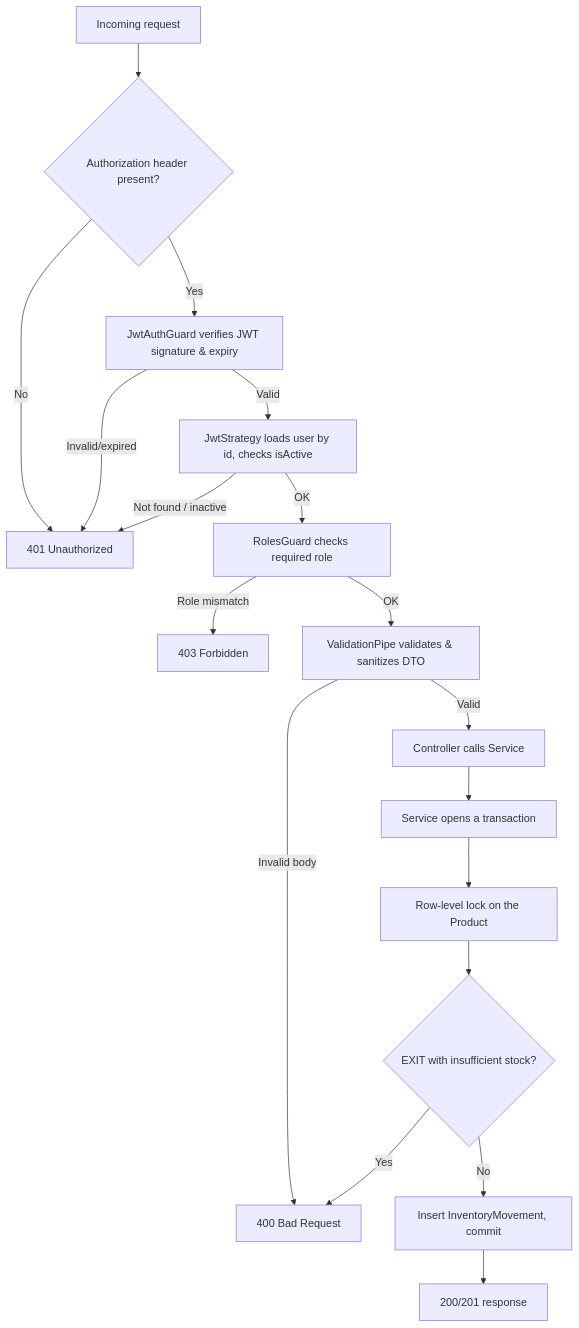
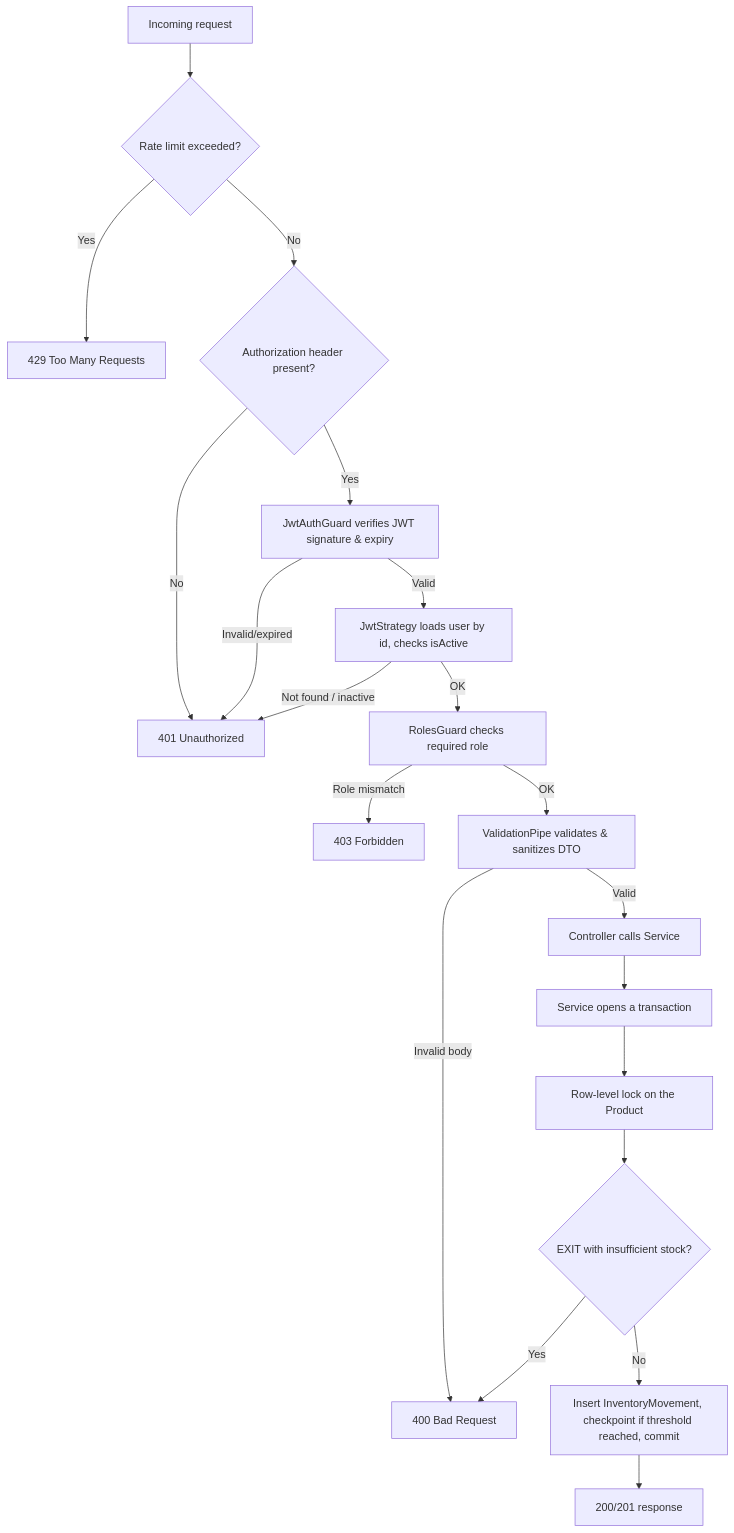
One commit to LweZ01/Stockly changed the third of 3 diagrams in README.md. Above: the diagram before and after it, drawn with Mermaid. The commit also changed other lines of this file and 4 other files, not shown here.

````diff
--- a/README.md
+++ b/README.md
@@ -265,20 +228,22 @@
 ```mermaid
 flowchart TD
-    A[Incoming request] --> B{Authorization header present?}
+    A[Incoming request] --> R{Rate limit exceeded?}
+    R -- Yes --> Z0[429 Too Many Requests]
+    R -- No --> B{Authorization header present?}
     B -- No --> Z1[401 Unauthorized]
     B -- Yes --> C[JwtAuthGuard verifies JWT signature & expiry]
     C -- Invalid/expired --> Z1
     C -- Valid --> D[JwtStrategy loads user by id, checks isActive]
     D -- Not found / inactive --> Z1
     D -- OK --> E[RolesGuard checks required role]
     E -- Role mismatch --> Z2[403 Forbidden]
     E -- OK --> F[ValidationPipe validates & sanitizes DTO]
     F -- Invalid body --> Z3[400 Bad Request]
     F -- Valid --> G[Controller calls Service]
     G --> H[Service opens a transaction]
     H --> I[Row-level lock on the Product]
     I --> J{EXIT with insufficient stock?}
     J -- Yes --> Z3
-    J -- No --> K[Insert InventoryMovement, commit]
+    J -- No --> K[Insert InventoryMovement, checkpoint if threshold reached, commit]
     K --> L[200/201 response]
 ```
````
